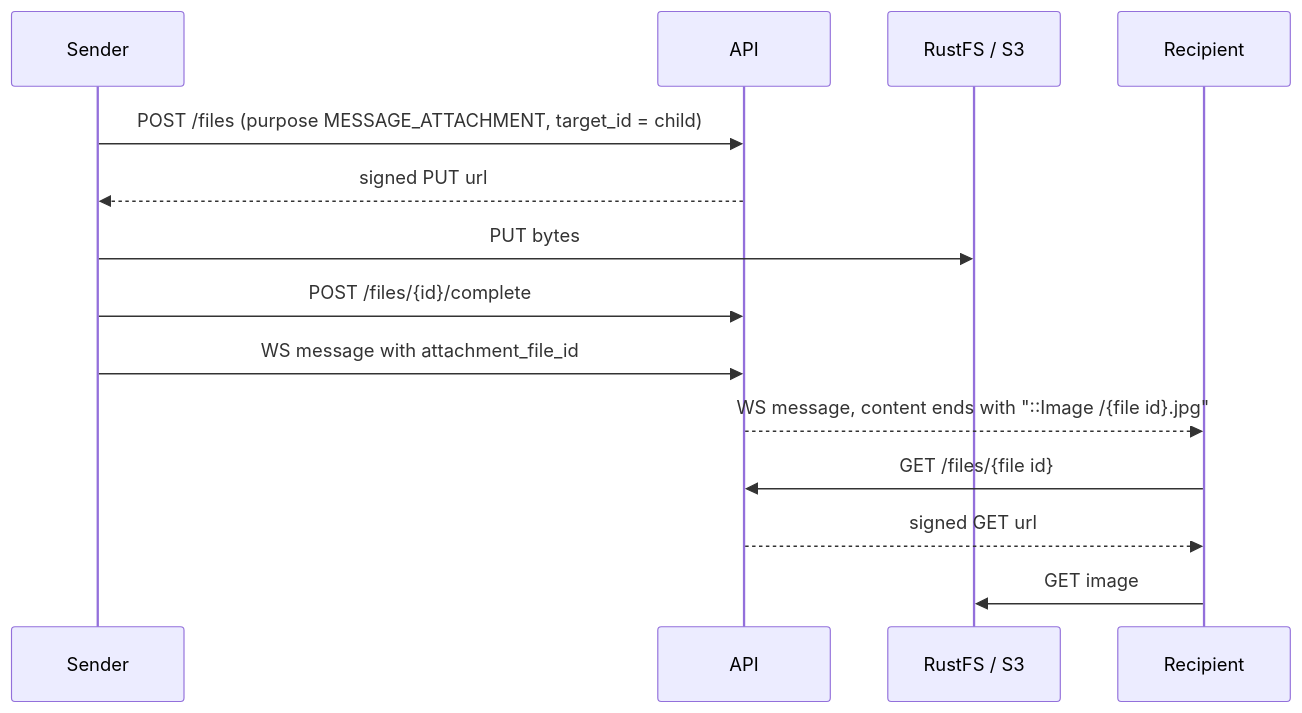
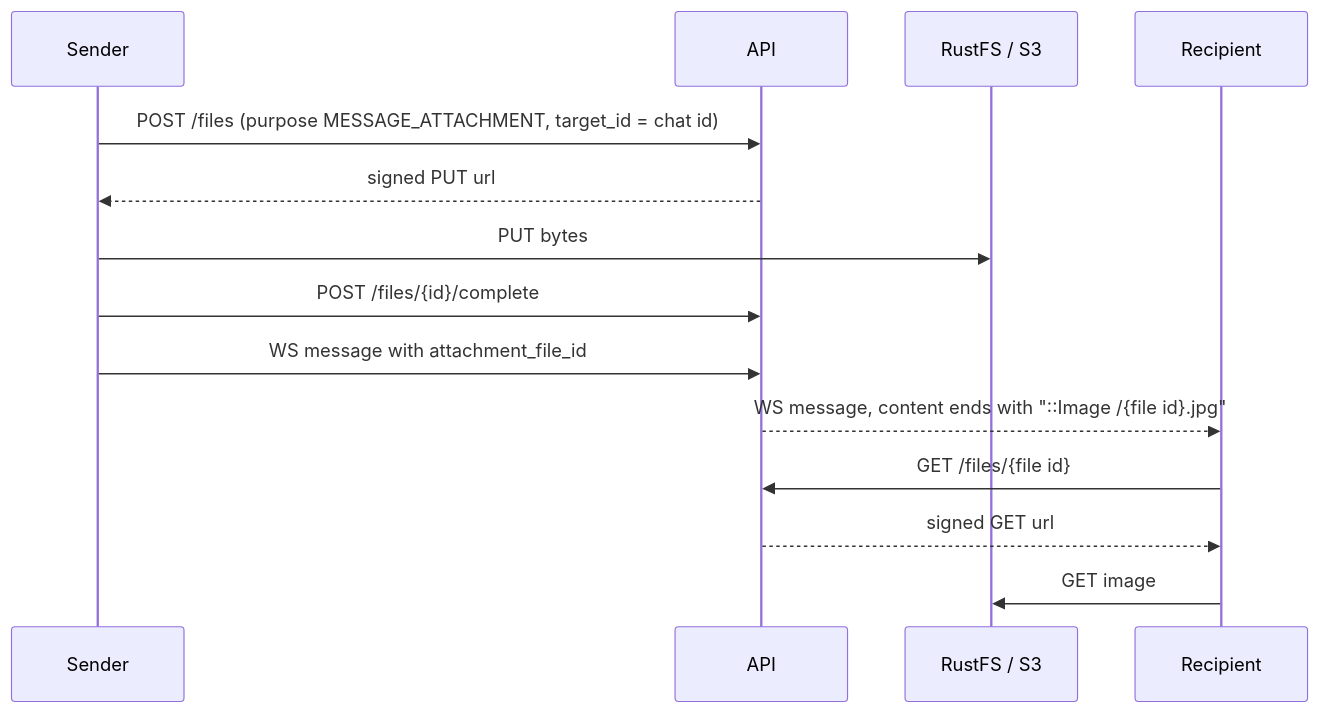
The diagram in docs/chat.md (v1cto-r/FF-TC2007B), drawn with Mermaid before and after one commit. The commit also changed other lines of this file and 14 other files, not shown here.

````diff
--- a/docs/chat.md
+++ b/docs/chat.md
@@ -44,16 +77,16 @@
 ```mermaid
 sequenceDiagram
   participant A as Sender
   participant API
   participant S3 as RustFS / S3
   participant B as Recipient
-  A->>API: POST /files (purpose MESSAGE_ATTACHMENT, target_id = child)
+  A->>API: POST /files (purpose MESSAGE_ATTACHMENT, target_id = chat id)
   API-->>A: signed PUT url
   A->>S3: PUT bytes
   A->>API: POST /files/{id}/complete
   A->>API: WS message with attachment_file_id
   API-->>B: WS message, content ends with "::Image /{file id}.jpg"
   B->>API: GET /files/{file id}
   API-->>B: signed GET url
   B->>S3: GET image
 ```
````
